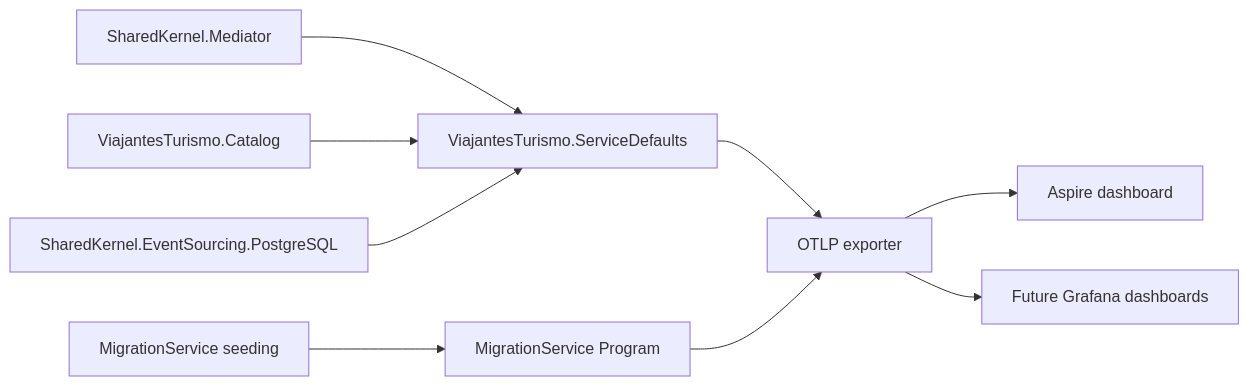
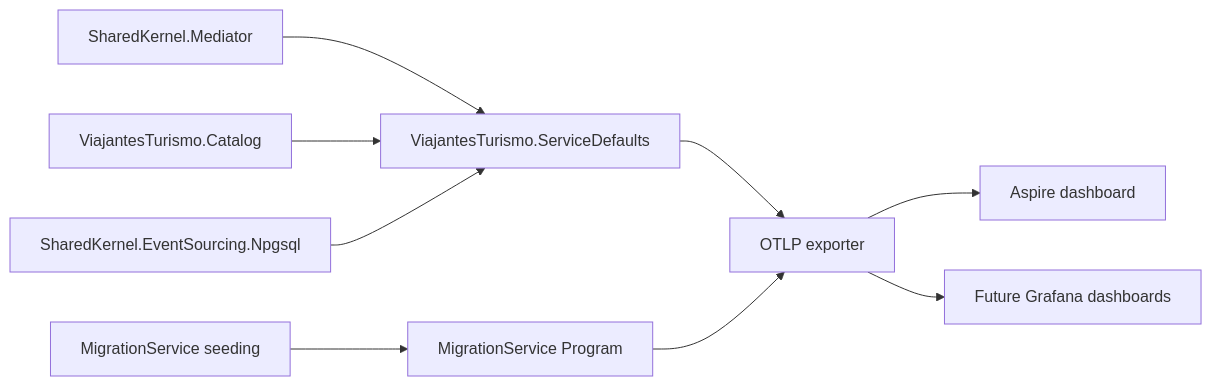
Before and after one commit to danigutsch/ViajantesTurismo: the first of 2 diagrams in docs/architecture/observability-consumption-flows.md, drawn with Mermaid. The commit also changed 40 other files, not shown here.

Commit message:
refactor(sharedkernel): name event sourcing npgsql adapter

````diff
--- a/docs/architecture/observability-consumption-flows.md
+++ b/docs/architecture/observability-consumption-flows.md
@@ -8,22 +8,22 @@
 ```mermaid
 flowchart LR
     mediator[SharedKernel.Mediator]
     catalog[ViajantesTurismo.Catalog]
-    postgres[SharedKernel.EventSourcing.PostgreSQL]
+    postgres[SharedKernel.EventSourcing.Npgsql]
     migration[MigrationService seeding]
 
     defaults[ViajantesTurismo.ServiceDefaults]
     migrationStartup[MigrationService Program]
     otlp[OTLP exporter]
     aspire[Aspire dashboard]
     future[Future Grafana dashboards]
 
     mediator --> defaults
     catalog --> defaults
     postgres --> defaults
     migration --> migrationStartup
     defaults --> otlp
     migrationStartup --> otlp
     otlp --> aspire
     otlp --> future
 ```
````
